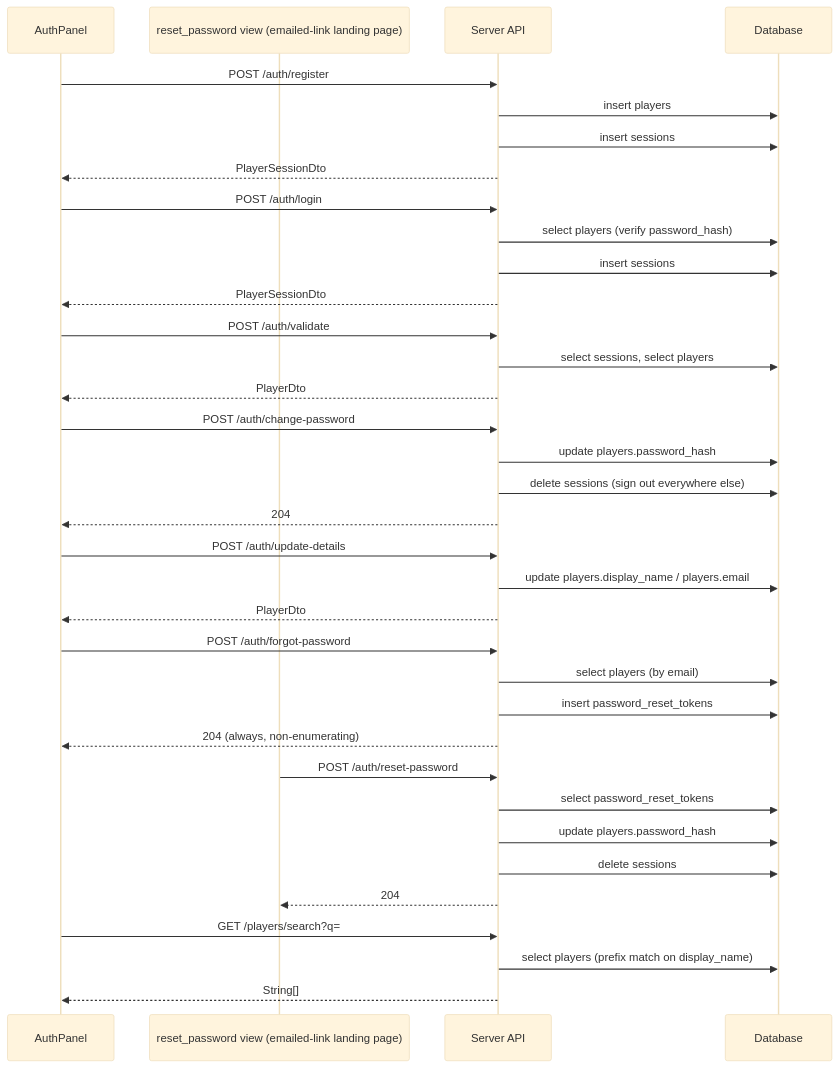
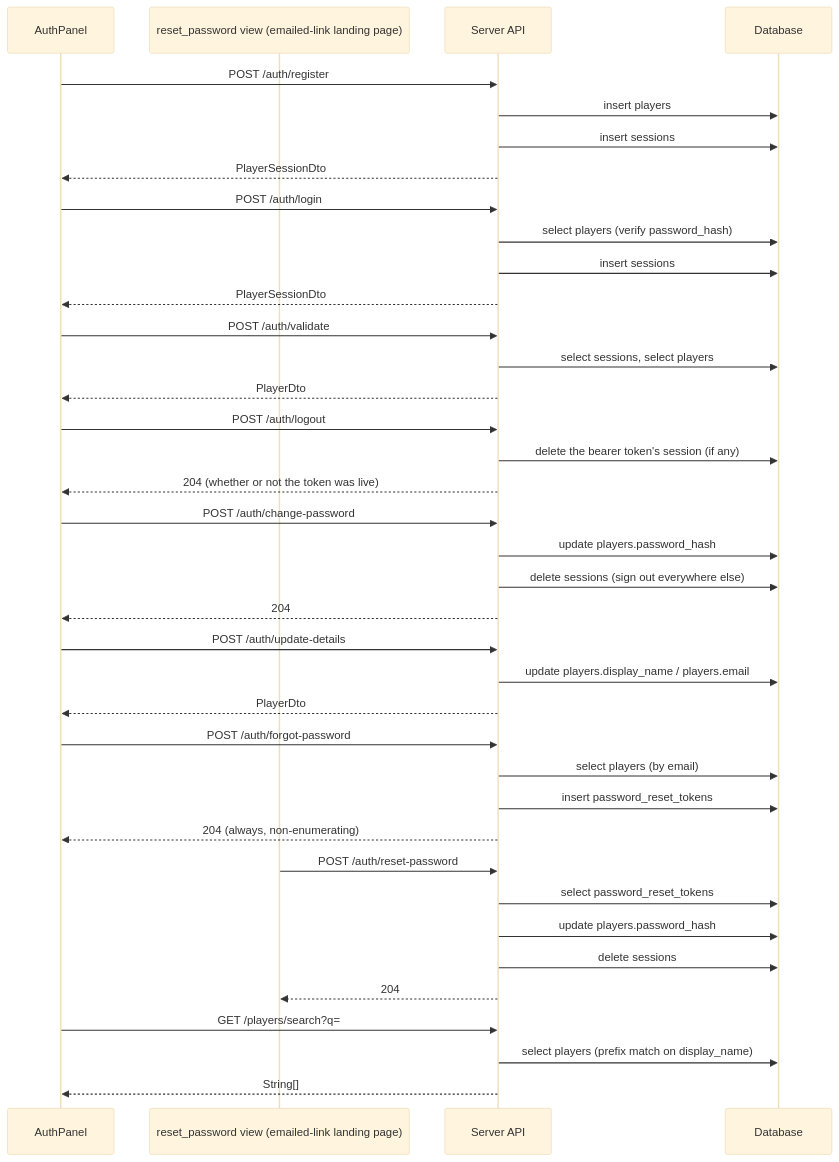
One commit to delphside/tile-lite-elite changed the fourth of 9 diagrams in docs/4.4.3-api-schema.md. Above: the diagram before and after it, drawn with Mermaid (base theme). The commit also changed other lines of this file and 6 other files, not shown here.

````diff
--- a/docs/4.4.3-api-schema.md
+++ b/docs/4.4.3-api-schema.md
@@ -800,45 +856,49 @@
 ```mermaid
 sequenceDiagram
     participant Auth as AuthPanel
     participant Reset as reset_password view (emailed-link landing page)
     participant API as Server API
     participant DB as Database
 
     Auth->>API: POST /auth/register
     API->>DB: insert players
     API->>DB: insert sessions
     API-->>Auth: PlayerSessionDto
 
     Auth->>API: POST /auth/login
     API->>DB: select players (verify password_hash)
     API->>DB: insert sessions
     API-->>Auth: PlayerSessionDto
 
     Auth->>API: POST /auth/validate
     API->>DB: select sessions, select players
     API-->>Auth: PlayerDto
+
+    Auth->>API: POST /auth/logout
+    API->>DB: delete the bearer token's session (if any)
+    API-->>Auth: 204 (whether or not the token was live)
 
     Auth->>API: POST /auth/change-password
     API->>DB: update players.password_hash
     API->>DB: delete sessions (sign out everywhere else)
     API-->>Auth: 204
 
     Auth->>API: POST /auth/update-details
     API->>DB: update players.display_name / players.email
     API-->>Auth: PlayerDto
 
     Auth->>API: POST /auth/forgot-password
     API->>DB: select players (by email)
     API->>DB: insert password_reset_tokens
     API-->>Auth: 204 (always, non-enumerating)
 
     Reset->>API: POST /auth/reset-password
     API->>DB: select password_reset_tokens
     API->>DB: update players.password_hash
     API->>DB: delete sessions
     API-->>Reset: 204
 
     Auth->>API: GET /players/search?q=
     API->>DB: select players (prefix match on display_name)
     API-->>Auth: String[]
 ```
````
